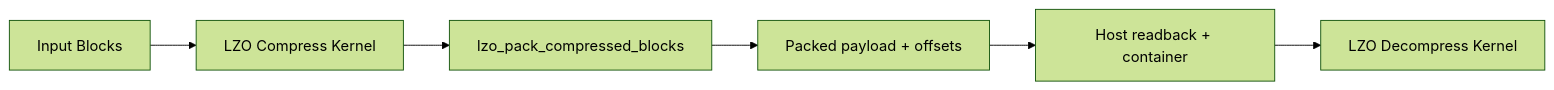
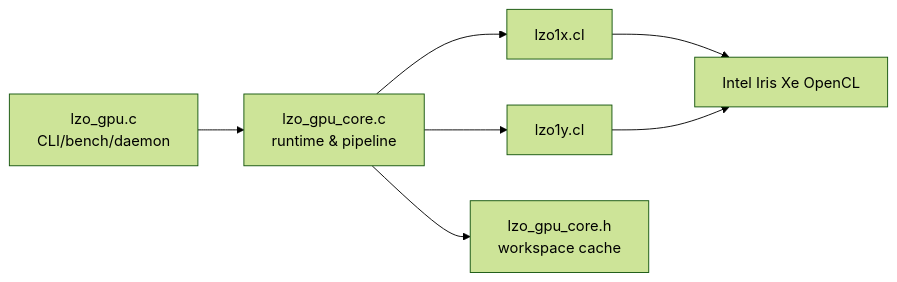
Before and after one commit to obsidian0215/lzo-2.10: the first of 3 diagrams in lzo_gpu/PERFORMANCE_SUMMARY.md, drawn with Mermaid (forest theme). The commit also changed other lines of this file and 5 other files, not shown here.

````diff
--- a/lzo_gpu/PERFORMANCE_SUMMARY.md
+++ b/lzo_gpu/PERFORMANCE_SUMMARY.md
@@ -579,8 +55,9 @@
 ```mermaid
 flowchart LR
-  A[Input Blocks] --> B[LZO Compress Kernel]
-  B --> C[lzo_pack_compressed_blocks]
-  C --> D[Packed payload + offsets]
-  D --> E[Host readback + container]
-  E --> F[LZO Decompress Kernel]
+    A[lzo_gpu.c<br/>CLI/bench/daemon] --> B[lzo_gpu_core.c<br/>runtime & pipeline]
+    B --> C[lzo1x.cl]
+    B --> D[lzo1y.cl]
+    B --> E[lzo_gpu_core.h<br/>workspace cache]
+    C --> F[Intel Iris Xe OpenCL]
+    D --> F
 ```
````
